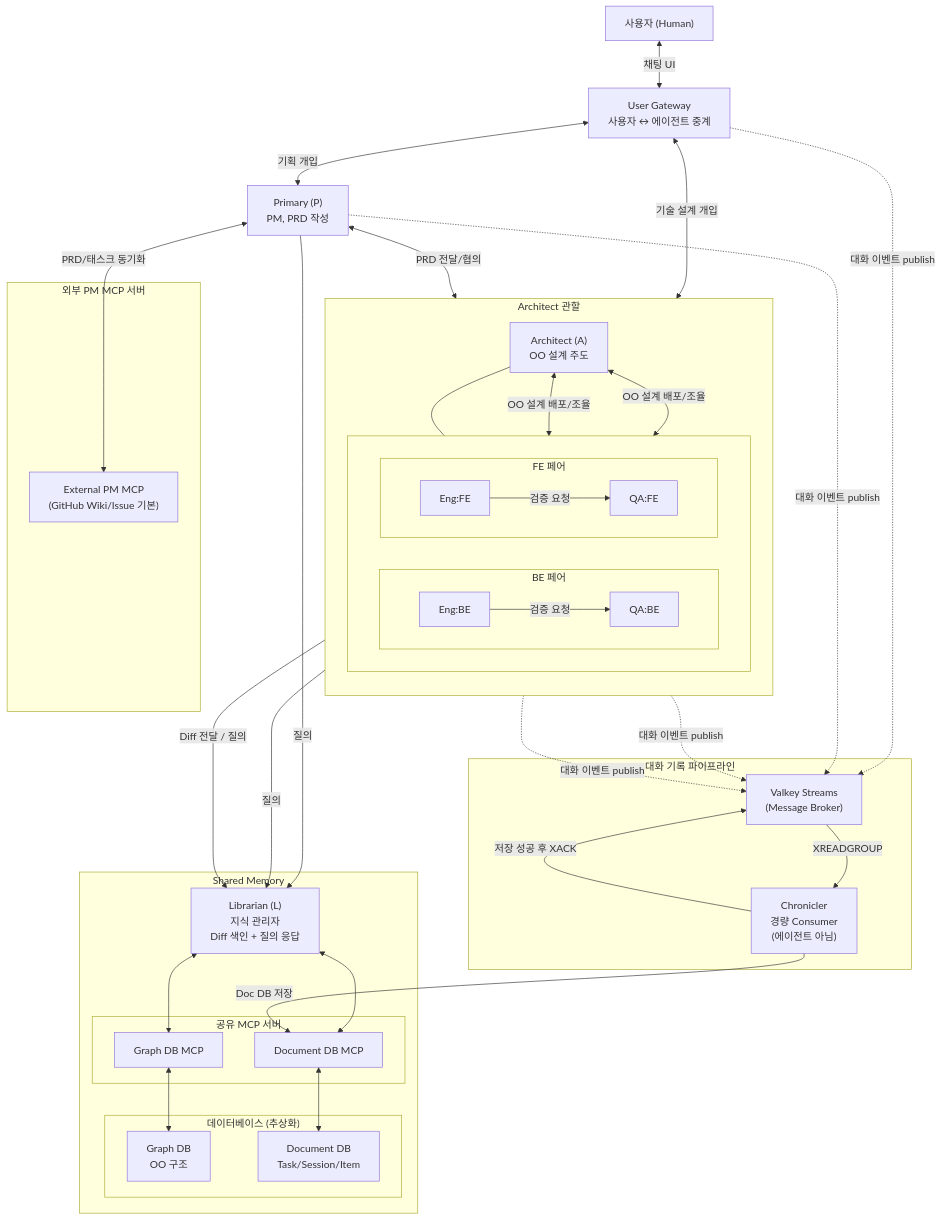
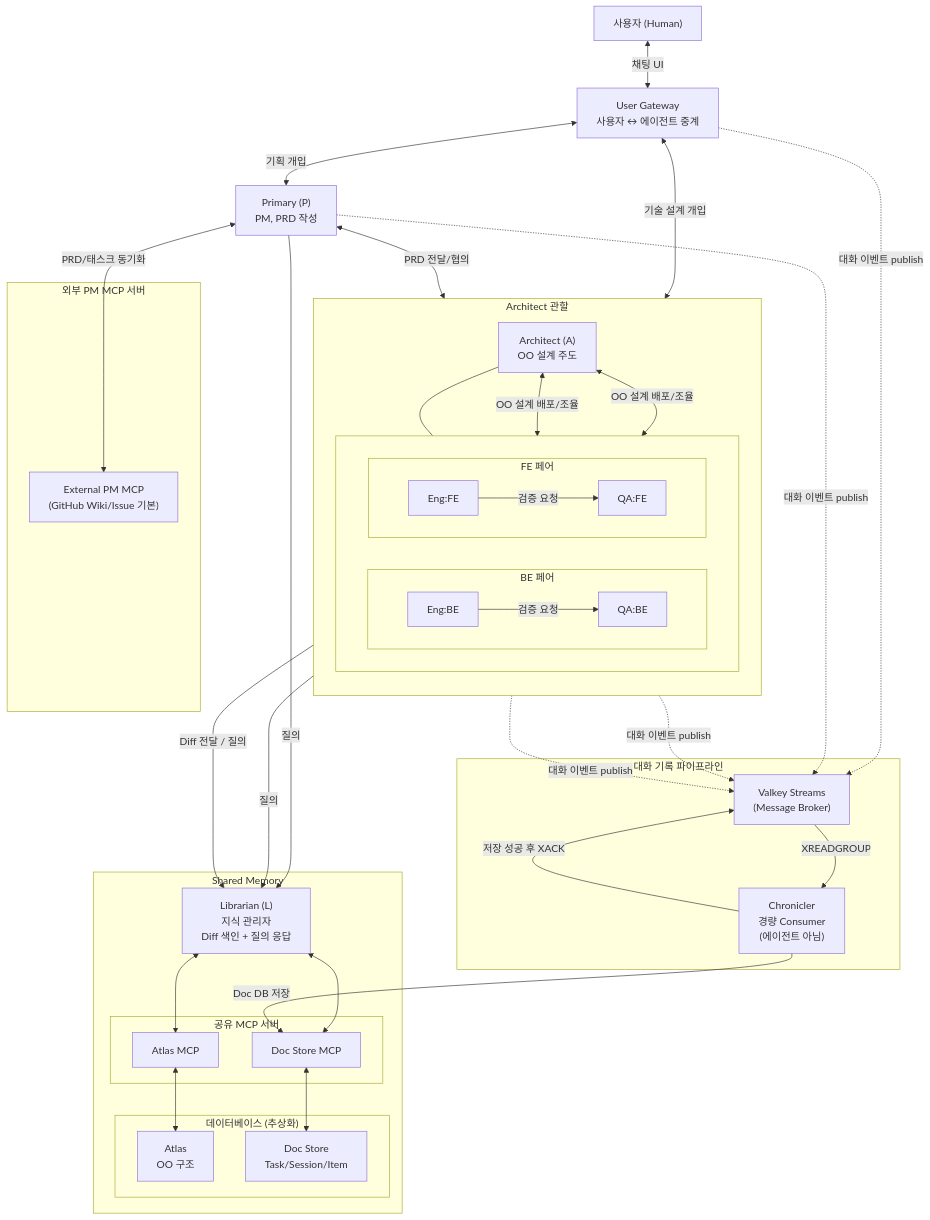
The first of 13 diagrams in docs/proposal.md (vonkernel/dev-team), drawn with Mermaid before and after one commit. The commit also changed other lines of this file and 82 other files, not shown here.

First line of the commit message:
chore: 추상화 명명 일관성 — doc store / atlas / collection_name + ABC SQL 분리 (#55) (#56)

```diff
--- a/docs/proposal.md
+++ b/docs/proposal.md
@@ -67,12 +67,12 @@
     subgraph MemoryZone["Shared Memory"]
         L["Librarian (L)<br/>지식 관리자<br/>Diff 색인 + 질의 응답"]
         subgraph DB["데이터베이스 (추상화)"]
-            GraphDB["Graph DB<br/>OO 구조"]
-            DocDB["Document DB<br/>Task/Session/Item"]
+            GraphDB["Atlas<br/>OO 구조"]
+            DocDB["Doc Store<br/>Task/Session/Item"]
         end
         subgraph MCP["공유 MCP 서버"]
-            GraphMCP["Graph DB MCP"]
-            DocMCP["Document DB MCP"]
+            GraphMCP["Atlas MCP"]
+            DocMCP["Doc Store MCP"]
         end
     end
 
```
